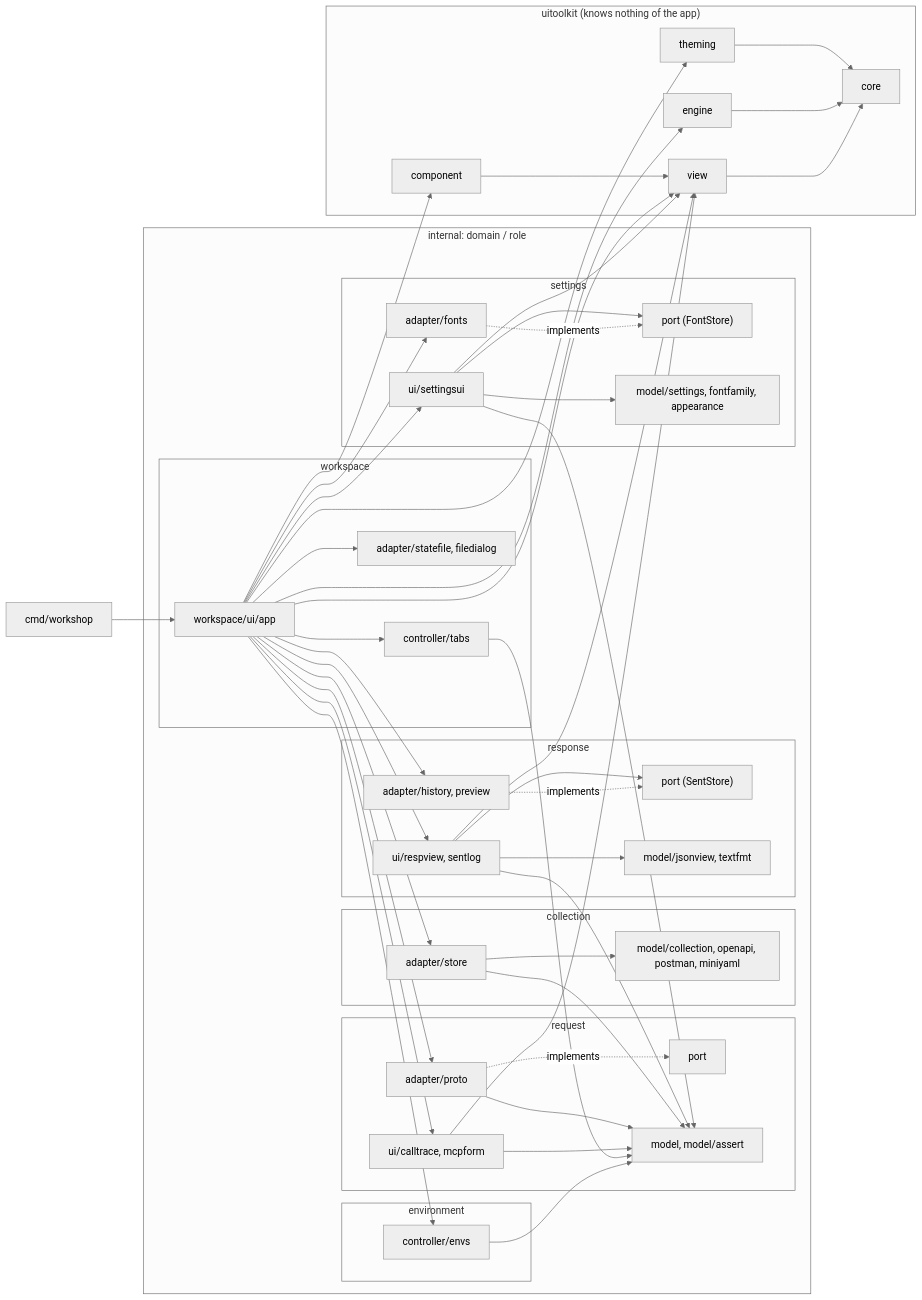
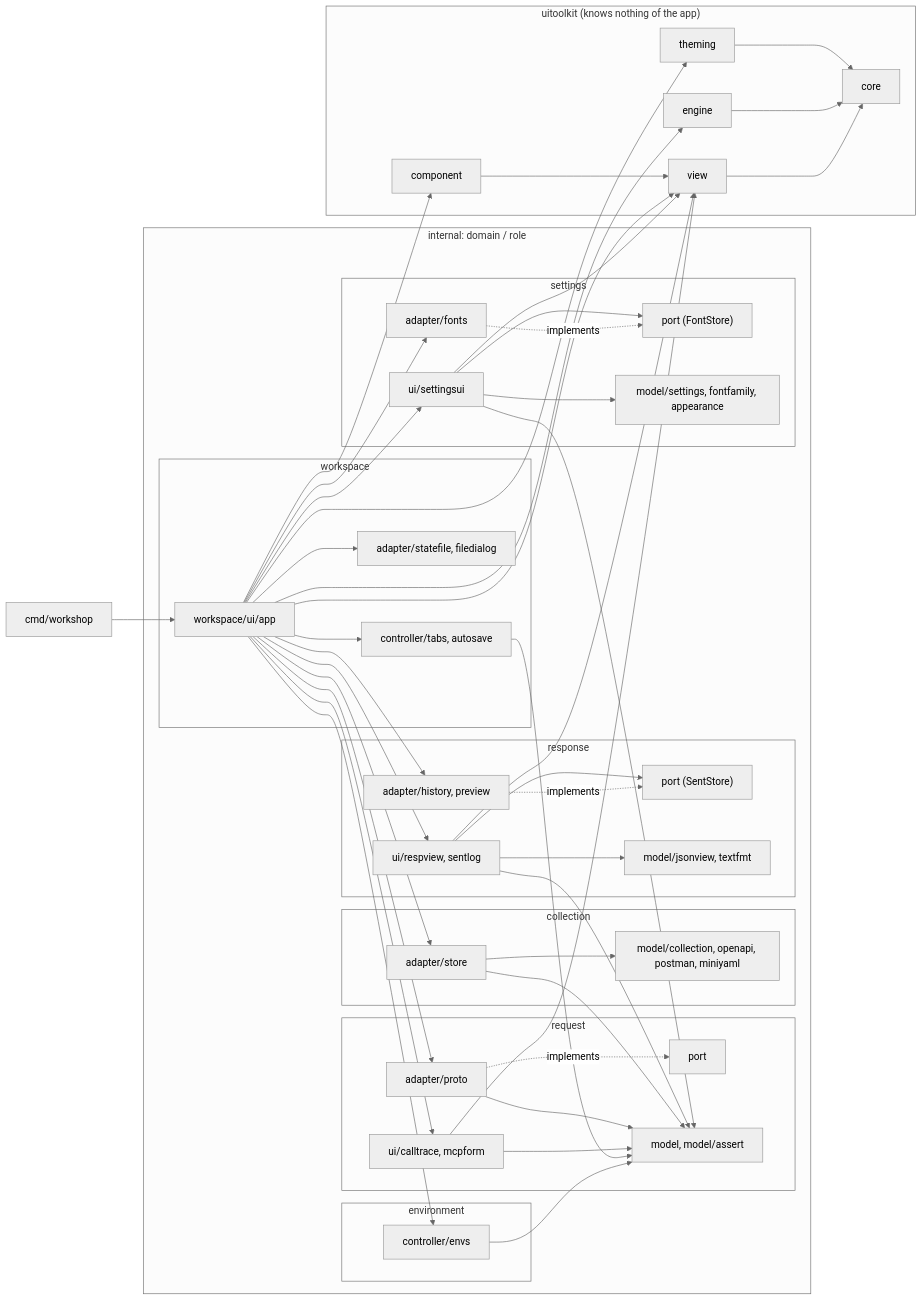
Before and after one commit to gascoigne-ai/gascoigne-workshop: the diagram in .harness/architecture.md, drawn with Mermaid (neutral theme). The commit also changed other lines of this file and 6 other files, not shown here.

First line of the commit message:
refactor(workspace): the autosave pause is controller/autosave

````diff
--- a/.harness/architecture.md
+++ b/.harness/architecture.md
@@ -5,56 +5,56 @@
 ```mermaid
 flowchart LR
   cmd["cmd/workshop"] --> app["workspace/ui/app"]
   subgraph domains["internal: domain / role"]
     subgraph request
       rui["ui/calltrace, mcpform"]
       rad["adapter/proto"]
       rport["port"]
       rmod["model, model/assert"]
     end
     subgraph collection
       cad["adapter/store"]
       cmod["model/collection, openapi, postman, miniyaml"]
     end
     subgraph response
       sui["ui/respview, sentlog"]
       sport["port (SentStore)"]
       sad["adapter/history, preview"]
       smod["model/jsonview, textfmt"]
     end
     subgraph settings
       tui["ui/settingsui"]
       tport["port (FontStore)"]
       tad["adapter/fonts"]
       tmod["model/settings, fontfamily, appearance"]
     end
     subgraph environment
       ectl["controller/envs"]
     end
     subgraph workspace
       app
-      wctl["controller/tabs"]
+      wctl["controller/tabs, autosave"]
       wad["adapter/statefile, filedialog"]
     end
   end
   app --> ectl & wctl
   ectl & wctl --> rmod
   app --> rui & rad & cad & sui & sad & tui & tad & wad
   rui & rad & cad & sui & tui --> rmod
   rad -. implements .-> rport
   sad -. implements .-> sport
   sui --> sport
   tad -. implements .-> tport
   tui --> tport
   tui --> tmod
   cad --> cmod
   sui --> smod
   subgraph toolkit["uitoolkit (knows nothing of the app)"]
     component["component"] --> view["view"]
     view --> core["core"]
     engine["engine"] --> core
     theming["theming"] --> core
   end
   app --> component & view & engine & theming
   rui & sui & tui --> view
 ```
````
